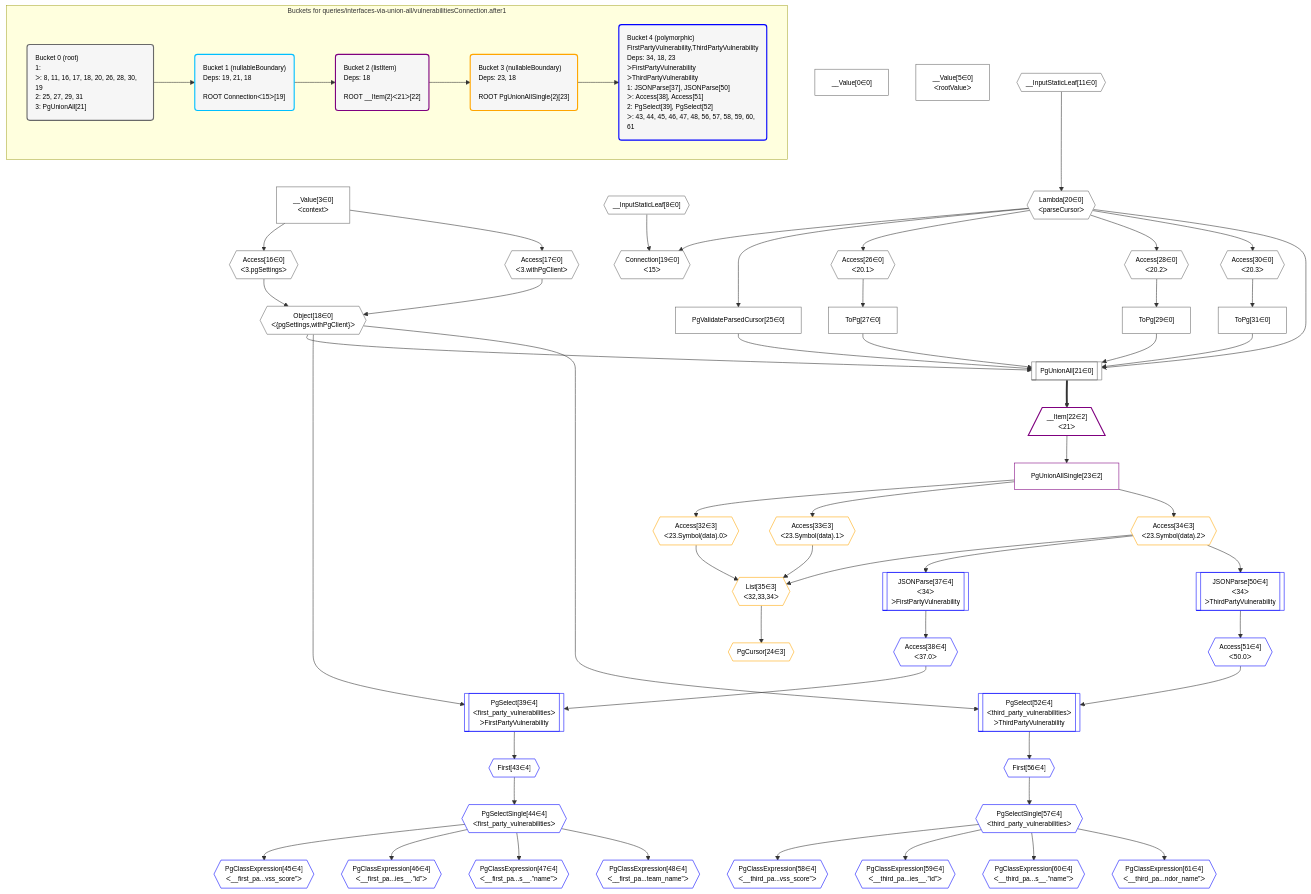
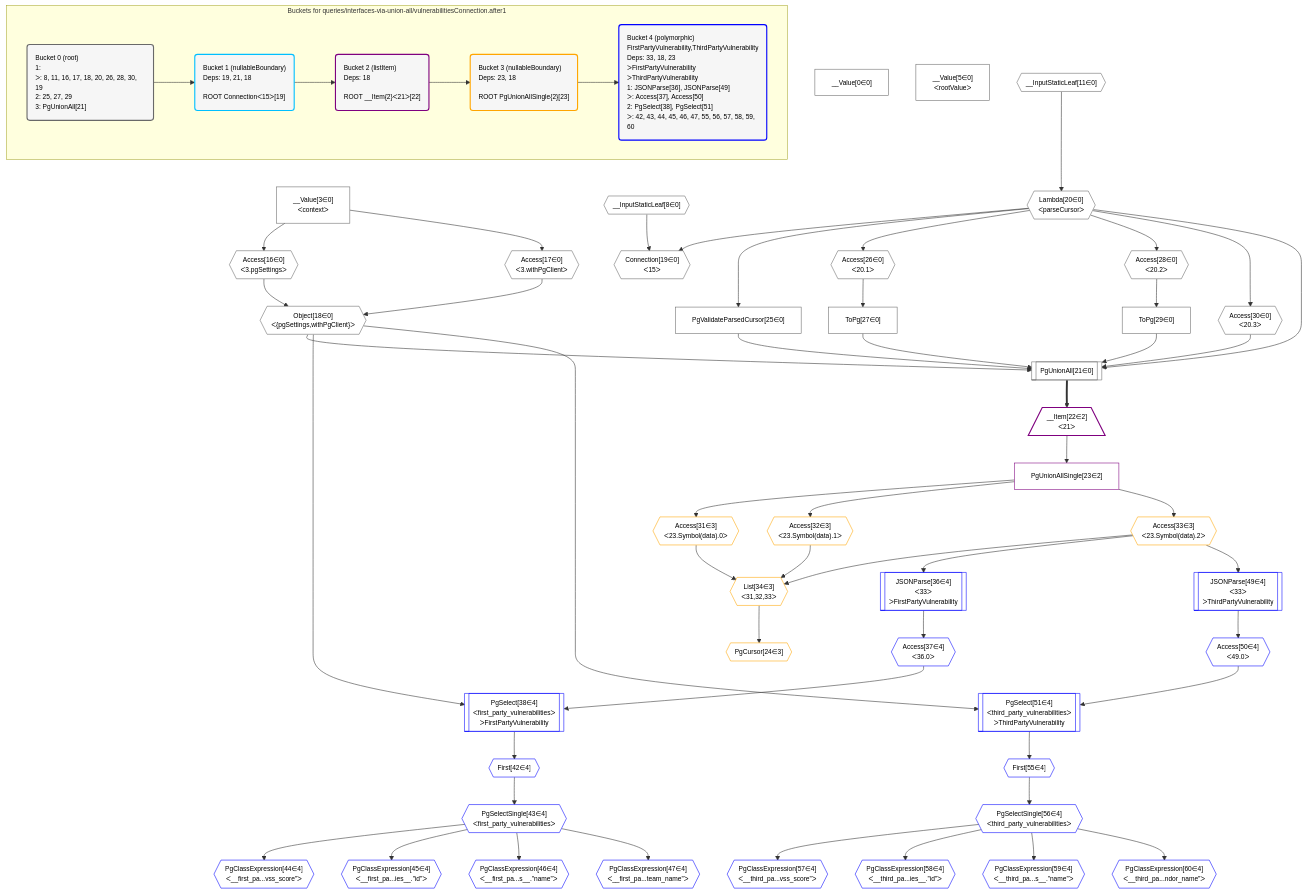
The diagram in grafast/dataplan-pg/__tests__/queries/interfaces-via-union-all/vulnerabilitiesConnection.after1.mermaid (graphile/crystal), drawn with Mermaid before and after one commit. The commit also changed 13 other files, not shown here.

```diff
--- a/grafast/dataplan-pg/__tests__/queries/interfaces-via-union-all/vulnerabilitiesConnection.after1.mermaid
+++ b/grafast/dataplan-pg/__tests__/queries/interfaces-via-union-all/vulnerabilitiesConnection.after1.mermaid
@@ -1,116 +1,114 @@
 %%{init: {'themeVariables': { 'fontSize': '12px'}}}%%
 graph TD
     classDef path fill:#eee,stroke:#000,color:#000
     classDef plan fill:#fff,stroke-width:1px,color:#000
     classDef itemplan fill:#fff,stroke-width:2px,color:#000
     classDef unbatchedplan fill:#dff,stroke-width:1px,color:#000
     classDef sideeffectplan fill:#fcc,stroke-width:2px,color:#000
     classDef bucket fill:#f6f6f6,color:#000,stroke-width:2px,text-align:left
 
 
     %% define steps
     __Value0["__Value[0∈0]"]:::plan
     __Value3["__Value[3∈0]<br />ᐸcontextᐳ"]:::plan
     __Value5["__Value[5∈0]<br />ᐸrootValueᐳ"]:::plan
     __InputStaticLeaf8{{"__InputStaticLeaf[8∈0]"}}:::plan
     __InputStaticLeaf11{{"__InputStaticLeaf[11∈0]"}}:::plan
     Access16{{"Access[16∈0]<br />ᐸ3.pgSettingsᐳ"}}:::plan
     Access17{{"Access[17∈0]<br />ᐸ3.withPgClientᐳ"}}:::plan
     Object18{{"Object[18∈0]<br />ᐸ{pgSettings,withPgClient}ᐳ"}}:::plan
     Lambda20{{"Lambda[20∈0]<br />ᐸparseCursorᐳ"}}:::plan
     Connection19{{"Connection[19∈0]<br />ᐸ15ᐳ"}}:::plan
     PgValidateParsedCursor25["PgValidateParsedCursor[25∈0]"]:::plan
     Access26{{"Access[26∈0]<br />ᐸ20.1ᐳ"}}:::plan
     ToPg27["ToPg[27∈0]"]:::plan
     Access28{{"Access[28∈0]<br />ᐸ20.2ᐳ"}}:::plan
     ToPg29["ToPg[29∈0]"]:::plan
     Access30{{"Access[30∈0]<br />ᐸ20.3ᐳ"}}:::plan
-    ToPg31["ToPg[31∈0]"]:::plan
     PgUnionAll21[["PgUnionAll[21∈0]"]]:::plan
     __Item22[/"__Item[22∈2]<br />ᐸ21ᐳ"\]:::itemplan
     PgUnionAllSingle23["PgUnionAllSingle[23∈2]"]:::plan
-    Access32{{"Access[32∈3]<br />ᐸ23.Symbol(data).0ᐳ"}}:::plan
-    Access33{{"Access[33∈3]<br />ᐸ23.Symbol(data).1ᐳ"}}:::plan
-    Access34{{"Access[34∈3]<br />ᐸ23.Symbol(data).2ᐳ"}}:::plan
-    List35{{"List[35∈3]<br />ᐸ32,33,34ᐳ"}}:::plan
+    Access31{{"Access[31∈3]<br />ᐸ23.Symbol(data).0ᐳ"}}:::plan
+    Access32{{"Access[32∈3]<br />ᐸ23.Symbol(data).1ᐳ"}}:::plan
+    Access33{{"Access[33∈3]<br />ᐸ23.Symbol(data).2ᐳ"}}:::plan
+    List34{{"List[34∈3]<br />ᐸ31,32,33ᐳ"}}:::plan
     PgCursor24{{"PgCursor[24∈3]"}}:::plan
-    JSONParse37[["JSONParse[37∈4]<br />ᐸ34ᐳ<br />ᐳFirstPartyVulnerability"]]:::plan
-    Access38{{"Access[38∈4]<br />ᐸ37.0ᐳ"}}:::plan
-    PgSelect39[["PgSelect[39∈4]<br />ᐸfirst_party_vulnerabilitiesᐳ<br />ᐳFirstPartyVulnerability"]]:::plan
-    First43{{"First[43∈4]"}}:::plan
-    PgSelectSingle44{{"PgSelectSingle[44∈4]<br />ᐸfirst_party_vulnerabilitiesᐳ"}}:::plan
-    PgClassExpression45{{"PgClassExpression[45∈4]<br />ᐸ__first_pa...vss_score”ᐳ"}}:::plan
-    PgClassExpression46{{"PgClassExpression[46∈4]<br />ᐸ__first_pa...ies__.”id”ᐳ"}}:::plan
-    PgClassExpression47{{"PgClassExpression[47∈4]<br />ᐸ__first_pa...s__.”name”ᐳ"}}:::plan
-    PgClassExpression48{{"PgClassExpression[48∈4]<br />ᐸ__first_pa...team_name”ᐳ"}}:::plan
-    JSONParse50[["JSONParse[50∈4]<br />ᐸ34ᐳ<br />ᐳThirdPartyVulnerability"]]:::plan
-    Access51{{"Access[51∈4]<br />ᐸ50.0ᐳ"}}:::plan
-    PgSelect52[["PgSelect[52∈4]<br />ᐸthird_party_vulnerabilitiesᐳ<br />ᐳThirdPartyVulnerability"]]:::plan
-    First56{{"First[56∈4]"}}:::plan
-    PgSelectSingle57{{"PgSelectSingle[57∈4]<br />ᐸthird_party_vulnerabilitiesᐳ"}}:::plan
-    PgClassExpression58{{"PgClassExpression[58∈4]<br />ᐸ__third_pa...vss_score”ᐳ"}}:::plan
-    PgClassExpression59{{"PgClassExpression[59∈4]<br />ᐸ__third_pa...ies__.”id”ᐳ"}}:::plan
-    PgClassExpression60{{"PgClassExpression[60∈4]<br />ᐸ__third_pa...s__.”name”ᐳ"}}:::plan
-    PgClassExpression61{{"PgClassExpression[61∈4]<br />ᐸ__third_pa...ndor_name”ᐳ"}}:::plan
+    JSONParse36[["JSONParse[36∈4]<br />ᐸ33ᐳ<br />ᐳFirstPartyVulnerability"]]:::plan
+    Access37{{"Access[37∈4]<br />ᐸ36.0ᐳ"}}:::plan
+    PgSelect38[["PgSelect[38∈4]<br />ᐸfirst_party_vulnerabilitiesᐳ<br />ᐳFirstPartyVulnerability"]]:::plan
+    First42{{"First[42∈4]"}}:::plan
+    PgSelectSingle43{{"PgSelectSingle[43∈4]<br />ᐸfirst_party_vulnerabilitiesᐳ"}}:::plan
+    PgClassExpression44{{"PgClassExpression[44∈4]<br />ᐸ__first_pa...vss_score”ᐳ"}}:::plan
+    PgClassExpression45{{"PgClassExpression[45∈4]<br />ᐸ__first_pa...ies__.”id”ᐳ"}}:::plan
+    PgClassExpression46{{"PgClassExpression[46∈4]<br />ᐸ__first_pa...s__.”name”ᐳ"}}:::plan
+    PgClassExpression47{{"PgClassExpression[47∈4]<br />ᐸ__first_pa...team_name”ᐳ"}}:::plan
+    JSONParse49[["JSONParse[49∈4]<br />ᐸ33ᐳ<br />ᐳThirdPartyVulnerability"]]:::plan
+    Access50{{"Access[50∈4]<br />ᐸ49.0ᐳ"}}:::plan
+    PgSelect51[["PgSelect[51∈4]<br />ᐸthird_party_vulnerabilitiesᐳ<br />ᐳThirdPartyVulnerability"]]:::plan
+    First55{{"First[55∈4]"}}:::plan
+    PgSelectSingle56{{"PgSelectSingle[56∈4]<br />ᐸthird_party_vulnerabilitiesᐳ"}}:::plan
+    PgClassExpression57{{"PgClassExpression[57∈4]<br />ᐸ__third_pa...vss_score”ᐳ"}}:::plan
+    PgClassExpression58{{"PgClassExpression[58∈4]<br />ᐸ__third_pa...ies__.”id”ᐳ"}}:::plan
+    PgClassExpression59{{"PgClassExpression[59∈4]<br />ᐸ__third_pa...s__.”name”ᐳ"}}:::plan
+    PgClassExpression60{{"PgClassExpression[60∈4]<br />ᐸ__third_pa...ndor_name”ᐳ"}}:::plan
 
     %% plan dependencies
     __Value3 --> Access16
     __Value3 --> Access17
     Access16 & Access17 --> Object18
     __InputStaticLeaf11 --> Lambda20
     __InputStaticLeaf8 & Lambda20 --> Connection19
     Lambda20 --> PgValidateParsedCursor25
     Lambda20 --> Access26
     Access26 --> ToPg27
     Lambda20 --> Access28
     Access28 --> ToPg29
     Lambda20 --> Access30
-    Access30 --> ToPg31
-    Object18 & Lambda20 & PgValidateParsedCursor25 & ToPg27 & ToPg29 & ToPg31 --> PgUnionAll21
+    Object18 & Lambda20 & PgValidateParsedCursor25 & ToPg27 & ToPg29 & Access30 --> PgUnionAll21
     PgUnionAll21 ==> __Item22
     __Item22 --> PgUnionAllSingle23
+    PgUnionAllSingle23 --> Access31
     PgUnionAllSingle23 --> Access32
     PgUnionAllSingle23 --> Access33
-    PgUnionAllSingle23 --> Access34
-    Access32 & Access33 & Access34 --> List35
-    List35 --> PgCursor24
-    Access34 --> JSONParse37
-    JSONParse37 --> Access38
-    Object18 & Access38 --> PgSelect39
-    PgSelect39 --> First43
-    First43 --> PgSelectSingle44
-    PgSelectSingle44 --> PgClassExpression45
-    PgSelectSingle44 --> PgClassExpression46
-    PgSelectSingle44 --> PgClassExpression47
-    PgSelectSingle44 --> PgClassExpression48
-    Access34 --> JSONParse50
-    JSONParse50 --> Access51
-    Object18 & Access51 --> PgSelect52
-    PgSelect52 --> First56
-    First56 --> PgSelectSingle57
-    PgSelectSingle57 --> PgClassExpression58
-    PgSelectSingle57 --> PgClassExpression59
-    PgSelectSingle57 --> PgClassExpression60
-    PgSelectSingle57 --> PgClassExpression61
+    Access31 & Access32 & Access33 --> List34
+    List34 --> PgCursor24
+    Access33 --> JSONParse36
+    JSONParse36 --> Access37
+    Object18 & Access37 --> PgSelect38
+    PgSelect38 --> First42
+    First42 --> PgSelectSingle43
+    PgSelectSingle43 --> PgClassExpression44
+    PgSelectSingle43 --> PgClassExpression45
+    PgSelectSingle43 --> PgClassExpression46
+    PgSelectSingle43 --> PgClassExpression47
+    Access33 --> JSONParse49
+    JSONParse49 --> Access50
+    Object18 & Access50 --> PgSelect51
+    PgSelect51 --> First55
+    First55 --> PgSelectSingle56
+    PgSelectSingle56 --> PgClassExpression57
+    PgSelectSingle56 --> PgClassExpression58
+    PgSelectSingle56 --> PgClassExpression59
+    PgSelectSingle56 --> PgClassExpression60
 
     subgraph "Buckets for queries/interfaces-via-union-all/vulnerabilitiesConnection.after1"
-    Bucket0("Bucket 0 (root)<br />1: <br />ᐳ: 8, 11, 16, 17, 18, 20, 26, 28, 30, 19<br />2: 25, 27, 29, 31<br />3: PgUnionAll[21]"):::bucket
+    Bucket0("Bucket 0 (root)<br />1: <br />ᐳ: 8, 11, 16, 17, 18, 20, 26, 28, 30, 19<br />2: 25, 27, 29<br />3: PgUnionAll[21]"):::bucket
     classDef bucket0 stroke:#696969
-    class Bucket0,__Value0,__Value3,__Value5,__InputStaticLeaf8,__InputStaticLeaf11,Access16,Access17,Object18,Connection19,Lambda20,PgUnionAll21,PgValidateParsedCursor25,Access26,ToPg27,Access28,ToPg29,Access30,ToPg31 bucket0
+    class Bucket0,__Value0,__Value3,__Value5,__InputStaticLeaf8,__InputStaticLeaf11,Access16,Access17,Object18,Connection19,Lambda20,PgUnionAll21,PgValidateParsedCursor25,Access26,ToPg27,Access28,ToPg29,Access30 bucket0
     Bucket1("Bucket 1 (nullableBoundary)<br />Deps: 19, 21, 18<br /><br />ROOT Connectionᐸ15ᐳ[19]"):::bucket
     classDef bucket1 stroke:#00bfff
     class Bucket1 bucket1
     Bucket2("Bucket 2 (listItem)<br />Deps: 18<br /><br />ROOT __Item{2}ᐸ21ᐳ[22]"):::bucket
     classDef bucket2 stroke:#7f007f
     class Bucket2,__Item22,PgUnionAllSingle23 bucket2
     Bucket3("Bucket 3 (nullableBoundary)<br />Deps: 23, 18<br /><br />ROOT PgUnionAllSingle{2}[23]"):::bucket
     classDef bucket3 stroke:#ffa500
-    class Bucket3,PgCursor24,Access32,Access33,Access34,List35 bucket3
-    Bucket4("Bucket 4 (polymorphic)<br />FirstPartyVulnerability,ThirdPartyVulnerability<br />Deps: 34, 18, 23<br />ᐳFirstPartyVulnerability<br />ᐳThirdPartyVulnerability<br />1: JSONParse[37], JSONParse[50]<br />ᐳ: Access[38], Access[51]<br />2: PgSelect[39], PgSelect[52]<br />ᐳ: 43, 44, 45, 46, 47, 48, 56, 57, 58, 59, 60, 61"):::bucket
+    class Bucket3,PgCursor24,Access31,Access32,Access33,List34 bucket3
+    Bucket4("Bucket 4 (polymorphic)<br />FirstPartyVulnerability,ThirdPartyVulnerability<br />Deps: 33, 18, 23<br />ᐳFirstPartyVulnerability<br />ᐳThirdPartyVulnerability<br />1: JSONParse[36], JSONParse[49]<br />ᐳ: Access[37], Access[50]<br />2: PgSelect[38], PgSelect[51]<br />ᐳ: 42, 43, 44, 45, 46, 47, 55, 56, 57, 58, 59, 60"):::bucket
     classDef bucket4 stroke:#0000ff
-    class Bucket4,JSONParse37,Access38,PgSelect39,First43,PgSelectSingle44,PgClassExpression45,PgClassExpression46,PgClassExpression47,PgClassExpression48,JSONParse50,Access51,PgSelect52,First56,PgSelectSingle57,PgClassExpression58,PgClassExpression59,PgClassExpression60,PgClassExpression61 bucket4
+    class Bucket4,JSONParse36,Access37,PgSelect38,First42,PgSelectSingle43,PgClassExpression44,PgClassExpression45,PgClassExpression46,PgClassExpression47,JSONParse49,Access50,PgSelect51,First55,PgSelectSingle56,PgClassExpression57,PgClassExpression58,PgClassExpression59,PgClassExpression60 bucket4
     Bucket0 --> Bucket1
     Bucket1 --> Bucket2
     Bucket2 --> Bucket3
     Bucket3 --> Bucket4
     end
```
